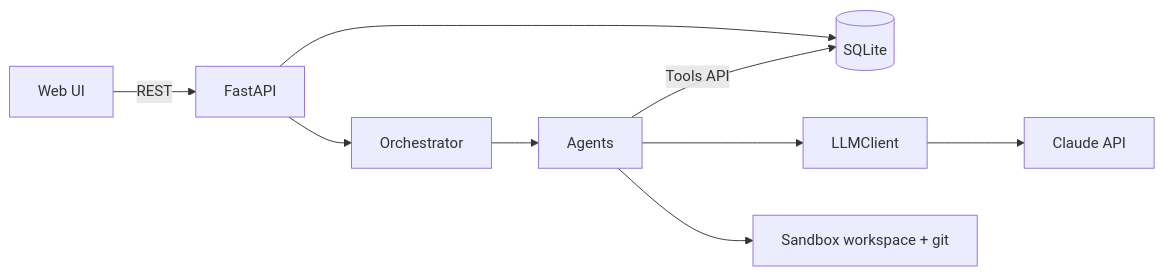
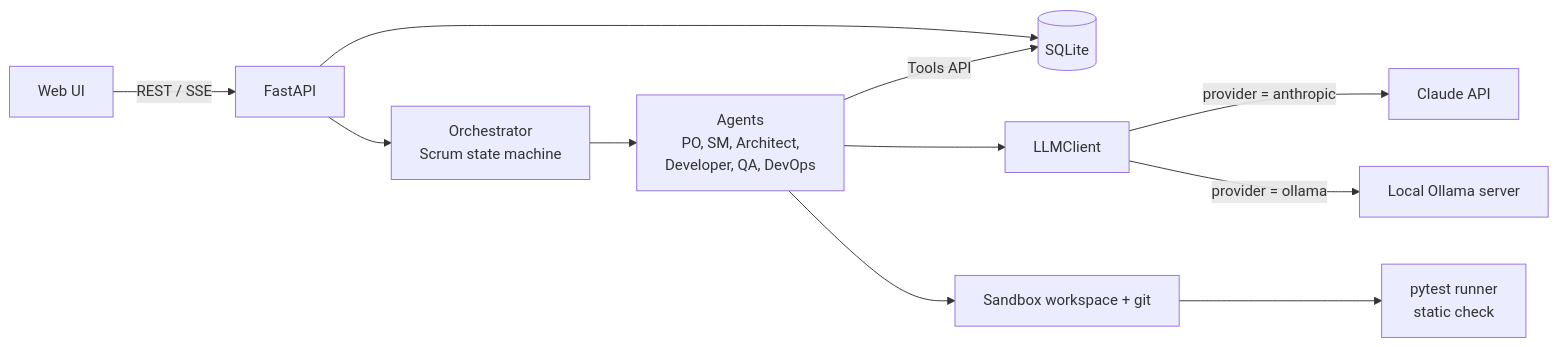
The first of 5 diagrams in docs/architecture.md (Muniya-64bit/scrum-agents-workbench), drawn with Mermaid before and after one commit. The commit also changed other lines of this file and 2 other files, not shown here.

First line of the commit message:
Update the architecture doc and README to match the current system

````diff
--- a/docs/architecture.md
+++ b/docs/architecture.md
@@ -9,11 +11,13 @@
 ```mermaid
 flowchart LR
-  UI[Web UI] -->|REST| API[FastAPI]
-  API --> ORCH[Orchestrator]
-  ORCH --> AG[Agents]
+  UI[Web UI] -->|REST / SSE| API[FastAPI]
+  API --> ORCH[Orchestrator<br/>Scrum state machine]
+  ORCH --> AG[Agents<br/>PO, SM, Architect,<br/>Developer, QA, DevOps]
   AG -->|Tools API| DB[(SQLite)]
   AG --> LLM[LLMClient]
-  LLM --> CLAUDE[Claude API]
+  LLM -->|provider = anthropic| CLAUDE[Claude API]
+  LLM -->|provider = ollama| OLLAMA[Local Ollama server]
   AG --> WS[Sandbox workspace + git]
+  WS --> RUN[pytest runner<br/>static check]
   API --> DB
 ```
````
